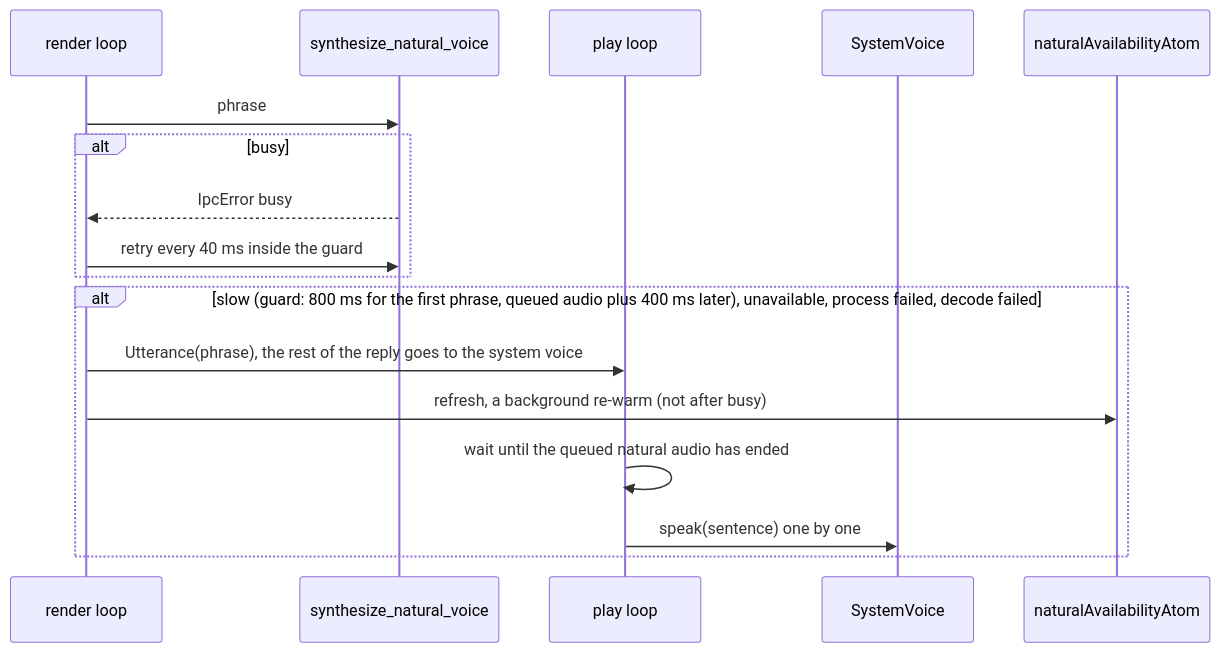
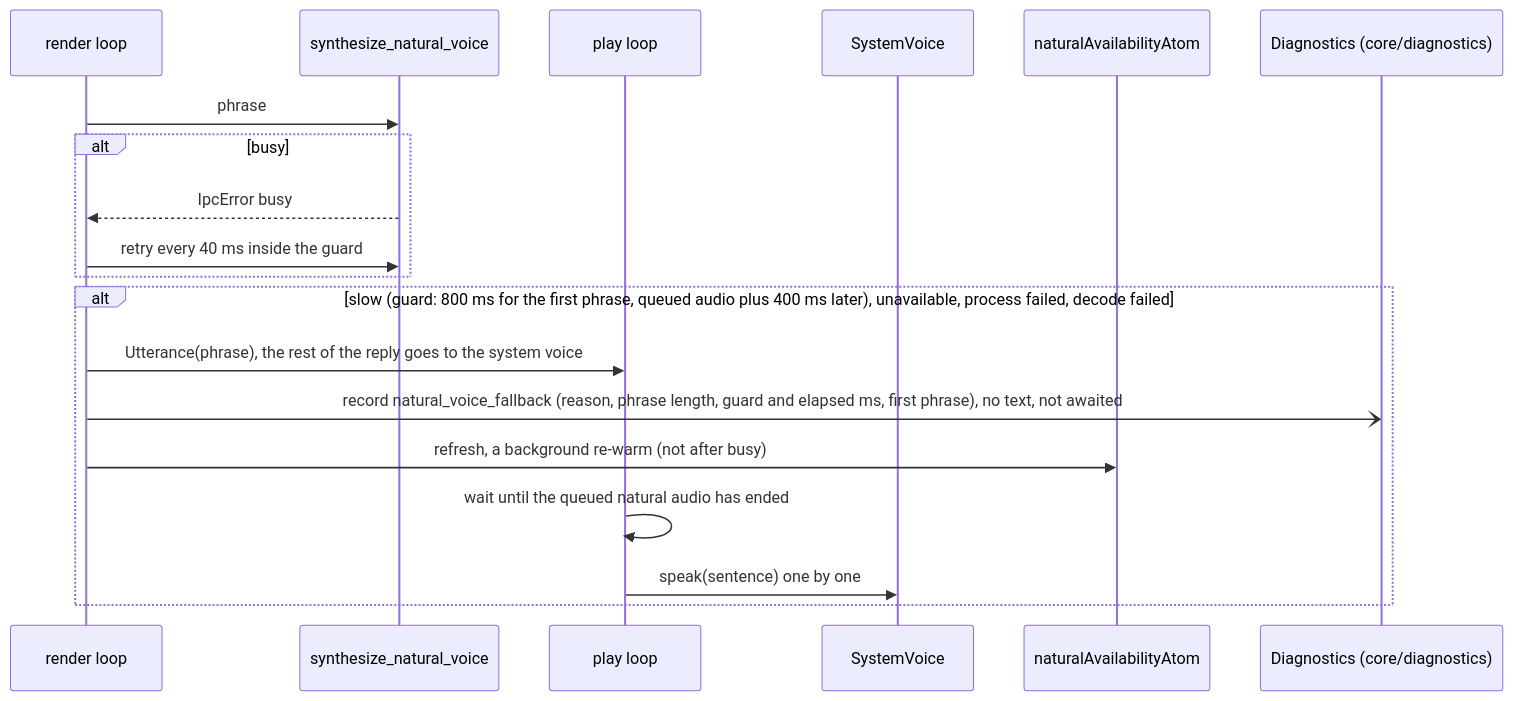
The third of 8 diagrams in src/core/speech/flow.md (oleksii-latyshev/english-trainer), drawn with Mermaid before and after one commit. The commit also changed other lines of this file and 33 other files, not shown here.

First line of the commit message:
fix(speech): log why the natural voice falls back to the system voice (#175)

````diff
--- a/src/core/speech/flow.md
+++ b/src/core/speech/flow.md
@@ -64,20 +64,22 @@
 ```mermaid
 sequenceDiagram
     participant Render as render loop
     participant Rust as synthesize_natural_voice
     participant Play as play loop
     participant System as SystemVoice
     participant Avail as naturalAvailabilityAtom
+    participant Diag as Diagnostics (core/diagnostics)
 
     Render->>Rust: phrase
     alt busy
         Rust-->>Render: IpcError busy
         Render->>Rust: retry every 40 ms inside the guard
     end
     alt slow (guard: 800 ms for the first phrase, queued audio plus 400 ms later), unavailable, process failed, decode failed
         Render->>Play: Utterance(phrase), the rest of the reply goes to the system voice
+        Render-)Diag: record natural_voice_fallback (reason, phrase length, guard and elapsed ms, first phrase), no text, not awaited
         Render->>Avail: refresh, a background re-warm (not after busy)
         Play->>Play: wait until the queued natural audio has ended
         Play->>System: speak(sentence) one by one
     end
 ```
````
